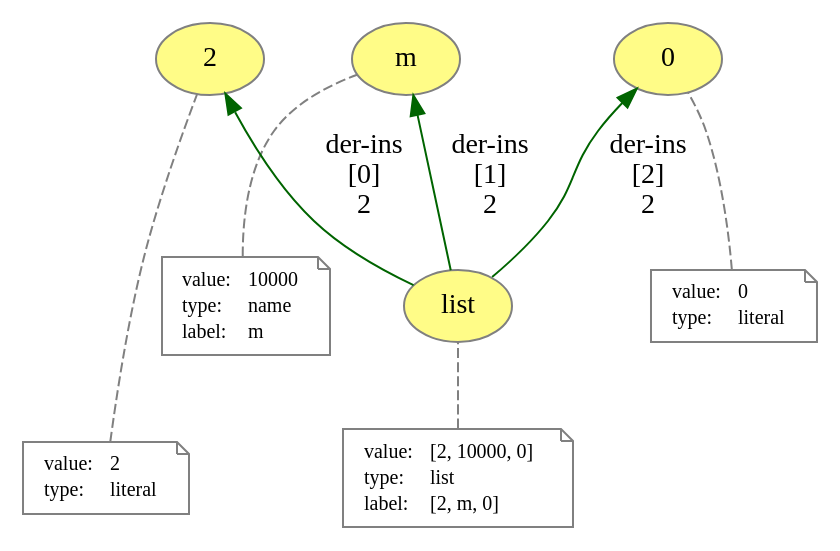
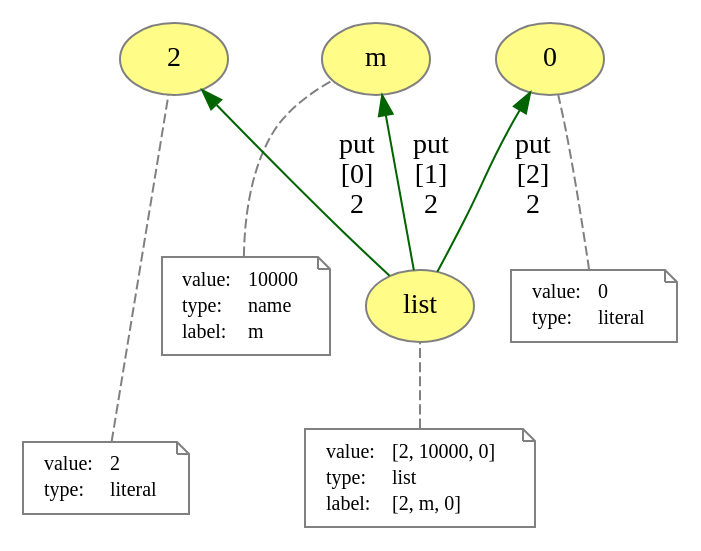
The diagram in generated/paper/list.dot (dew-uff/versioned-prov), drawn with Graphviz before and after one commit. The commit also changed 38 other files, not shown here.

```diff
--- a/generated/paper/list.dot
+++ b/generated/paper/list.dot
@@ -1,69 +1,69 @@
 digraph "PROV" { size="16,12"; rankdir="BT";
 "http://example.org/2" [fillcolor="#FFFC87",color="#808080",style="filled",label="2",URL="http://example.org/2"]
 "-attrs0" [color="gray",shape="note",fontsize="10",fontcolor="black",label=<<TABLE cellpadding="0" border="0">
 	<TR>
 	    <TD align="left">value:</TD>
 	    <TD align="left">2</TD>
 	</TR>
 	<TR>
 	    <TD align="left">type:</TD>
 	    <TD align="left">literal</TD>
 	</TR>
 </TABLE>>]
 "-attrs0" -> "http://example.org/2" [color="gray",style="dashed",arrowhead="none"]
 "http://example.org/m" [fillcolor="#FFFC87",color="#808080",style="filled",label="m",URL="http://example.org/m"]
 "-attrs1" [color="gray",shape="note",fontsize="10",fontcolor="black",label=<<TABLE cellpadding="0" border="0">
 	<TR>
 	    <TD align="left">value:</TD>
 	    <TD align="left">10000</TD>
 	</TR>
 	<TR>
 	    <TD align="left">type:</TD>
 	    <TD align="left">name</TD>
 	</TR>
 	<TR>
 	    <TD align="left">label:</TD>
 	    <TD align="left">m</TD>
 	</TR>
 </TABLE>>]
 "-attrs1" -> "http://example.org/m" [color="gray",style="dashed",arrowhead="none"]
 "http://example.org/0" [fillcolor="#FFFC87",color="#808080",style="filled",label="0",URL="http://example.org/0"]
 "-attrs2" [color="gray",shape="note",fontsize="10",fontcolor="black",label=<<TABLE cellpadding="0" border="0">
 	<TR>
 	    <TD align="left">value:</TD>
 	    <TD align="left">0</TD>
 	</TR>
 	<TR>
 	    <TD align="left">type:</TD>
 	    <TD align="left">literal</TD>
 	</TR>
 </TABLE>>]
 "-attrs2" -> "http://example.org/0" [color="gray",style="dashed",arrowhead="none"]
 "http://example.org/list" [fillcolor="#FFFC87",color="#808080",style="filled",label="list",URL="http://example.org/list"]
 "-attrs3" [color="gray",shape="note",fontsize="10",fontcolor="black",label=<<TABLE cellpadding="0" border="0">
 	<TR>
 	    <TD align="left">value:</TD>
 	    <TD align="left">[2, 10000, 0]</TD>
 	</TR>
 	<TR>
 	    <TD align="left">type:</TD>
 	    <TD align="left">list</TD>
 	</TR>
 	<TR>
 	    <TD align="left">label:</TD>
 	    <TD align="left">[2, m, 0]</TD>
 	</TR>
 </TABLE>>]
 "-attrs3" -> "http://example.org/list" [color="gray",style="dashed",arrowhead="none"]
-"http://example.org/list" -> "http://example.org/2" [labelfontsize="8",labeldistance="1.5",color="darkgreen",labelangle="60.0",rotation="20",label="der-ins
+"http://example.org/list" -> "http://example.org/2" [labelfontsize="8",labeldistance="1.5",color="darkgreen",labelangle="60.0",rotation="20",label="put
 [0]
 2"]
-"http://example.org/list" -> "http://example.org/m" [labelfontsize="8",labeldistance="1.5",color="darkgreen",labelangle="60.0",rotation="20",label="der-ins
+"http://example.org/list" -> "http://example.org/m" [labelfontsize="8",labeldistance="1.5",color="darkgreen",labelangle="60.0",rotation="20",label="put
 [1]
 2"]
-"http://example.org/list" -> "http://example.org/0" [labelfontsize="8",labeldistance="1.5",color="darkgreen",labelangle="60.0",rotation="20",label="der-ins
+"http://example.org/list" -> "http://example.org/0" [labelfontsize="8",labeldistance="1.5",color="darkgreen",labelangle="60.0",rotation="20",label="put
 [2]
 2"]
 
 {rank=same "-attrs3" "-attrs0"}
 }
```
